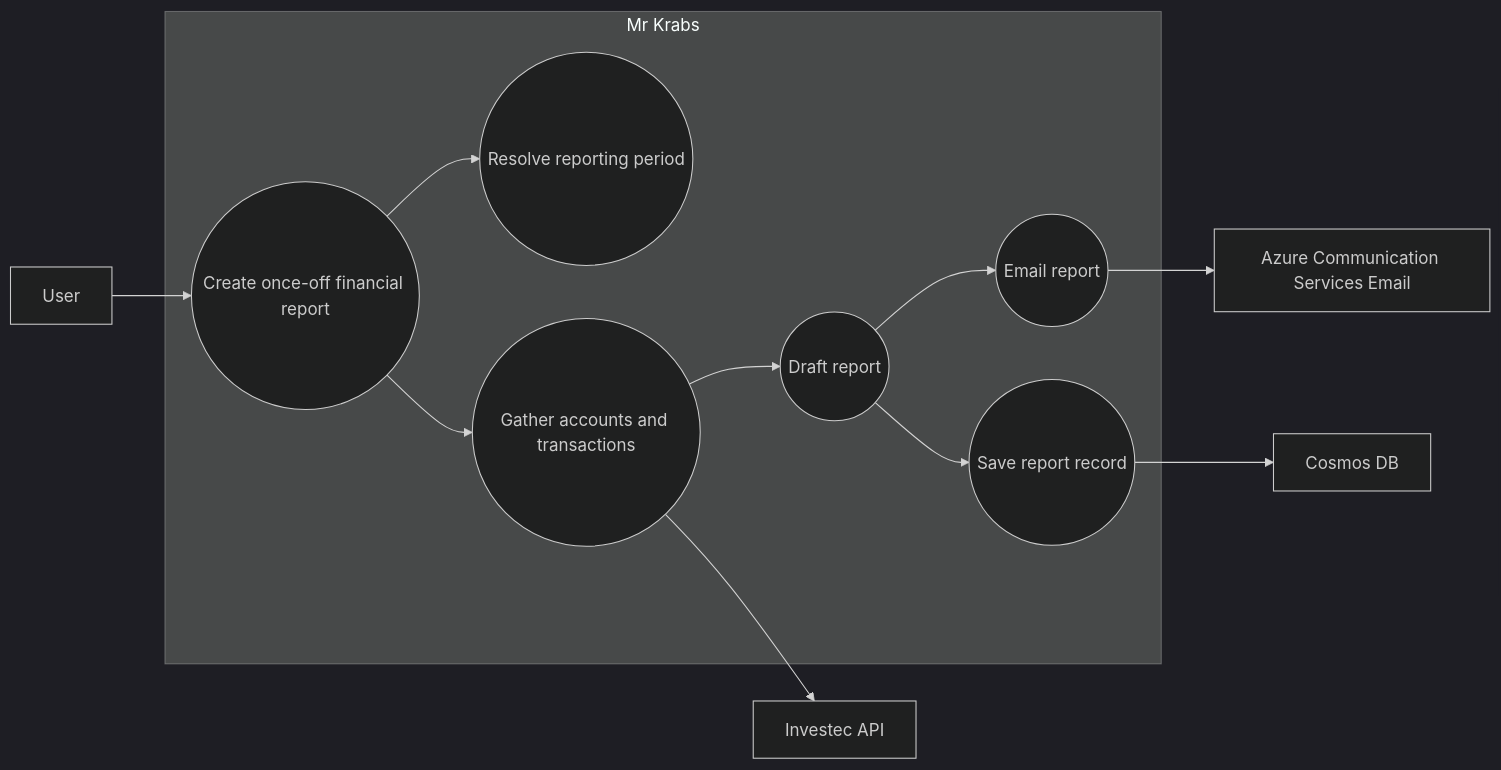
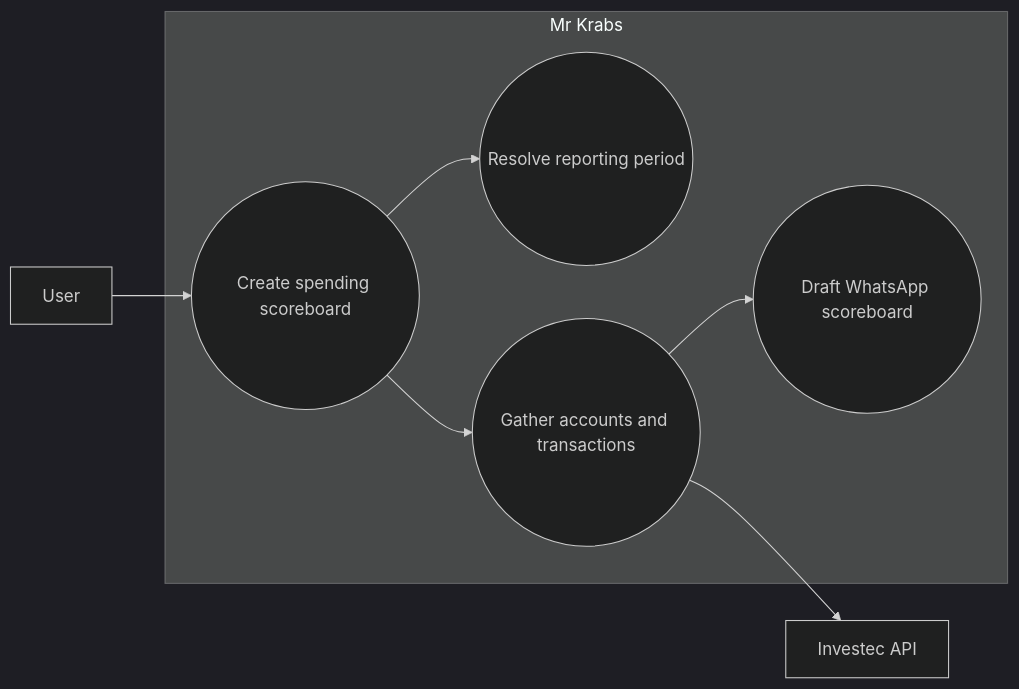
One commit to tjabane/tjabane.agent.julius changed the third of 6 diagrams in docs/use-case-diagrams.md. Above: the diagram before and after it, drawn with Mermaid (dark theme). The commit also changed 15 other files, not shown here.

Commit message:
Define scoreboard reports and email contract

````diff
--- a/docs/use-case-diagrams.md
+++ b/docs/use-case-diagrams.md
@@ -93,29 +93,21 @@
 ```mermaid
 flowchart LR
     user[User]
 
     subgraph assistant[Mr Krabs]
-        onceOffReport((Create once-off financial report))
+        onceOffReport((Create spending scoreboard))
         resolveDates((Resolve reporting period))
         gatherData((Gather accounts and transactions))
-        draftReport((Draft report))
-        emailReport((Email report))
-        saveRecord((Save report record))
+        draftReport((Draft WhatsApp scoreboard))
     end
 
     investec[Investec API]
-    cosmos[Cosmos DB]
-    email[Azure Communication Services Email]
 
     user --> onceOffReport
 
     onceOffReport --> resolveDates
     onceOffReport --> gatherData
     gatherData --> investec
     gatherData --> draftReport
-    draftReport --> emailReport
-    emailReport --> email
-    draftReport --> saveRecord
-    saveRecord --> cosmos
 
 ```
````
